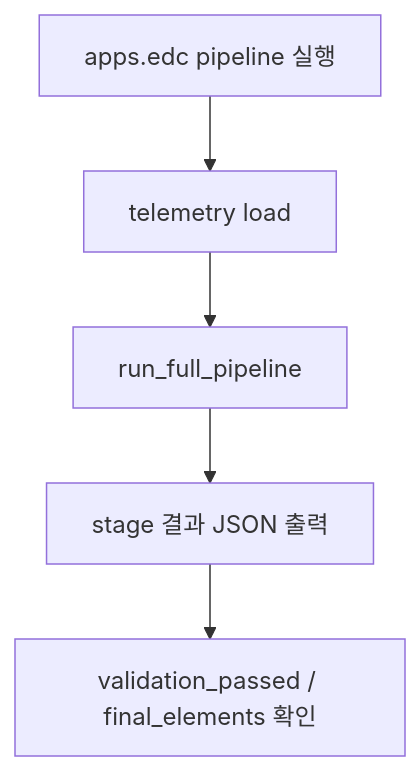
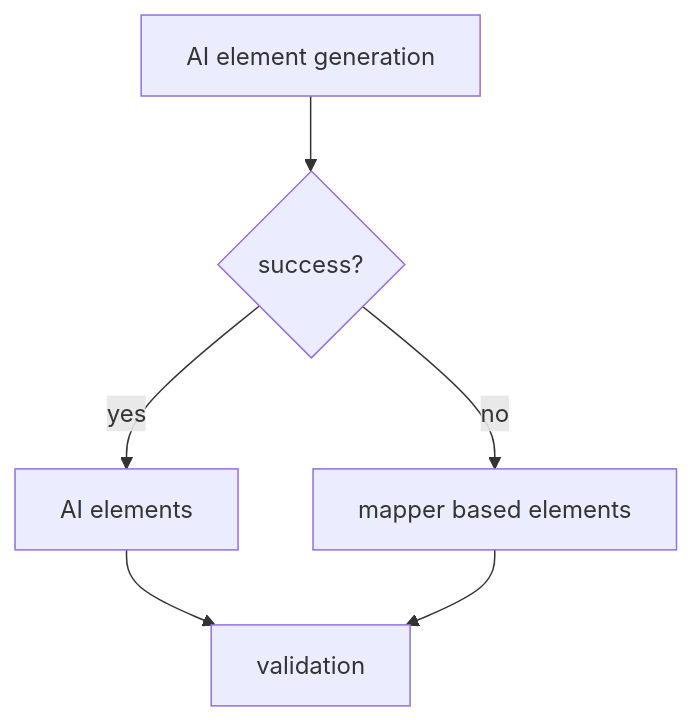
One commit to sayoon01/catenax-cobot-dataspace changed the fifth of 5 diagrams in apps/PIPELINE.md. Above: the diagram before and after it, drawn with Mermaid. The commit also changed other lines of this file and 3 other files, not shown here.

First line of the commit message:
docs: expand pipeline and EDC flow documentation

````diff
--- a/apps/PIPELINE.md
+++ b/apps/PIPELINE.md
@@ -80,7 +115,8 @@
 ```mermaid
 flowchart TD
-    CMD[apps.edc pipeline 실행] --> L[telemetry load]
-    L --> R[run_full_pipeline]
-    R --> S[stage 결과 JSON 출력]
-    S --> END[validation_passed / final_elements 확인]
+    AI[AI element generation] --> OK{success?}
+    OK -->|yes| GEN[AI elements]
+    OK -->|no| RULE[mapper based elements]
+    GEN --> VAL[validation]
+    RULE --> VAL
 ```
````
